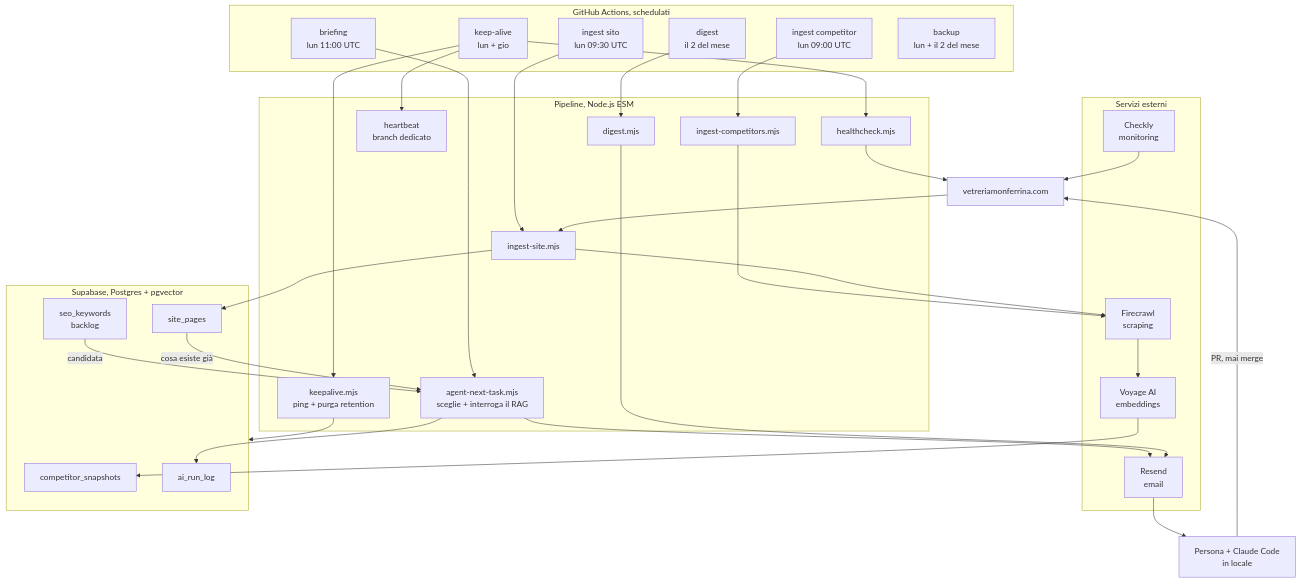
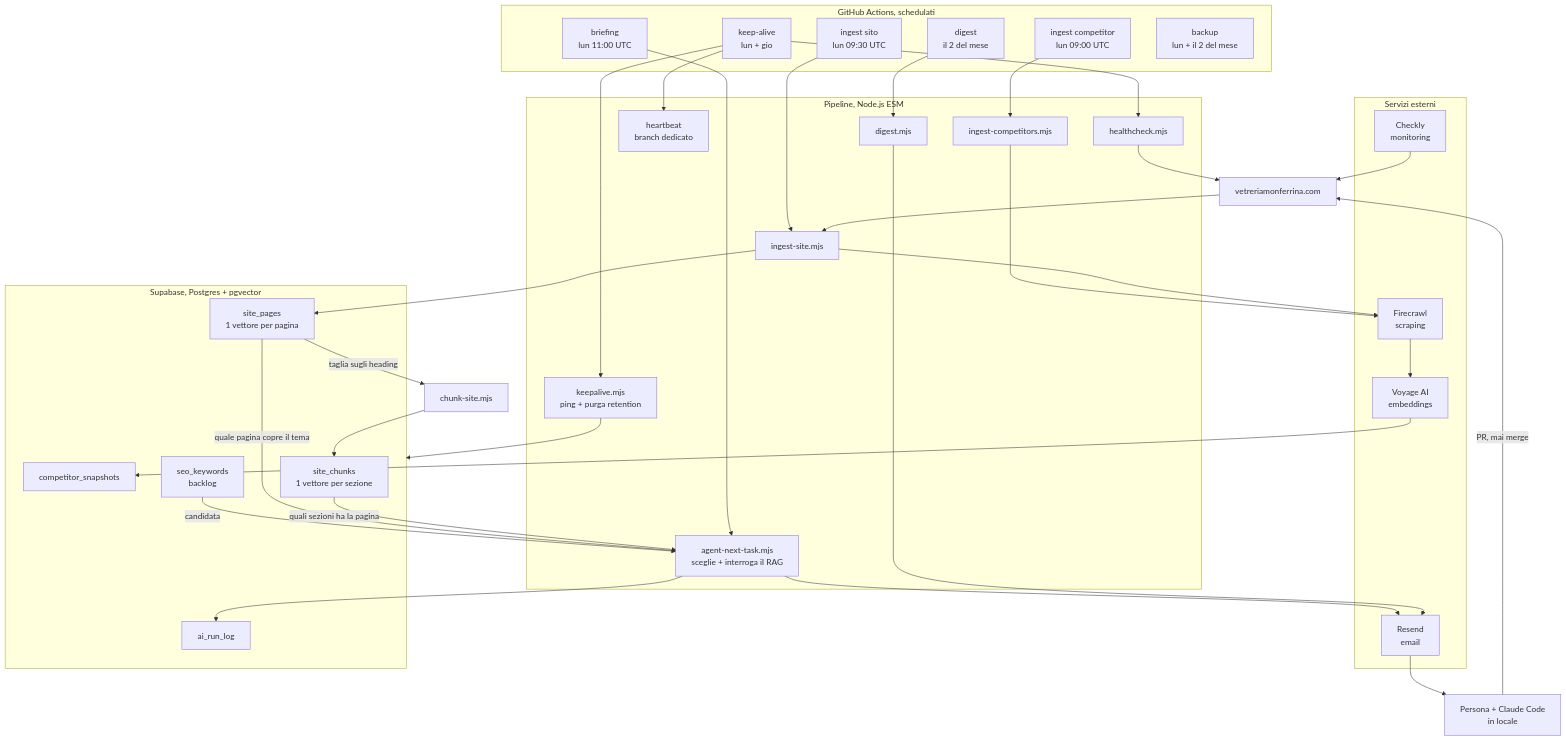
The diagram in README.md (Monferrina/monferrinoAI), drawn with Mermaid before and after one commit. The commit also changed other lines of this file and 7 other files, not shown here.

````diff
--- a/README.md
+++ b/README.md
@@ -28,53 +28,56 @@
 ```mermaid
 flowchart TD
     subgraph GHA["GitHub Actions, schedulati"]
         KA["keep-alive<br/>lun + gio"]
         ING["ingest competitor<br/>lun 09:00 UTC"]
         INGS["ingest sito<br/>lun 09:30 UTC"]
         BRIEF["briefing<br/>lun 11:00 UTC"]
         DIG["digest<br/>il 2 del mese"]
         BK["backup<br/>lun + il 2 del mese"]
     end
 
     subgraph PIPE["Pipeline, Node.js ESM"]
         KEEP["keepalive.mjs<br/>ping + purga retention"]
         HEALTH["healthcheck.mjs"]
         HEART["heartbeat<br/>branch dedicato"]
         INGEST["ingest-competitors.mjs"]
         INGSITE["ingest-site.mjs"]
         NEXT["agent-next-task.mjs<br/>sceglie + interroga il RAG"]
         DIGEST["digest.mjs"]
     end
 
     subgraph EXT["Servizi esterni"]
         FC["Firecrawl<br/>scraping"]
         VOY["Voyage AI<br/>embeddings"]
         RS["Resend<br/>email"]
         CL["Checkly<br/>monitoring"]
     end
 
     subgraph DB["Supabase, Postgres + pgvector"]
         SNAP["competitor_snapshots"]
-        SITEPG["site_pages"]
+        SITEPG["site_pages<br/>1 vettore per pagina"]
+        CHUNK["site_chunks<br/>1 vettore per sezione"]
         KW["seo_keywords<br/>backlog"]
         LOG["ai_run_log"]
     end
 
     SITE["vetreriamonferrina.com"]
     PERSONA["Persona + Claude Code<br/>in locale"]
 
     KA --> KEEP --> DB
     KA --> HEALTH --> SITE
     KA --> HEART
     ING --> INGEST --> FC --> VOY --> SNAP
     INGS --> INGSITE --> FC
     SITE --> INGSITE --> SITEPG
+    SITEPG -- "taglia sugli heading" --> CHUNKER["chunk-site.mjs"] --> CHUNK
     BRIEF --> NEXT
     KW -- "candidata" --> NEXT
-    SITEPG -- "cosa esiste già" --> NEXT
+    SITEPG -- "quale pagina copre il tema" --> NEXT
+    CHUNK -- "quali sezioni ha la pagina" --> NEXT
     NEXT --> RS --> PERSONA
     NEXT --> LOG
     PERSONA -- "PR, mai merge" --> SITE
     DIG --> DIGEST --> RS
     CL --> SITE
 ```
````
